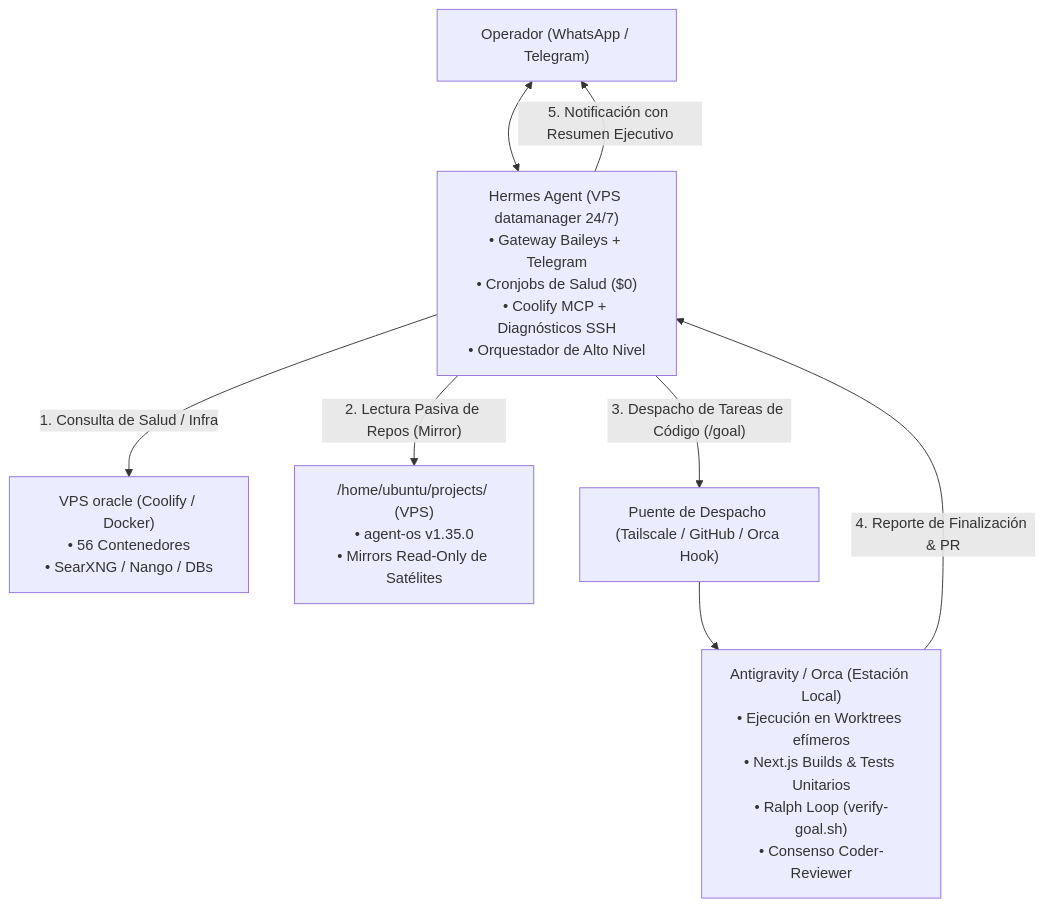
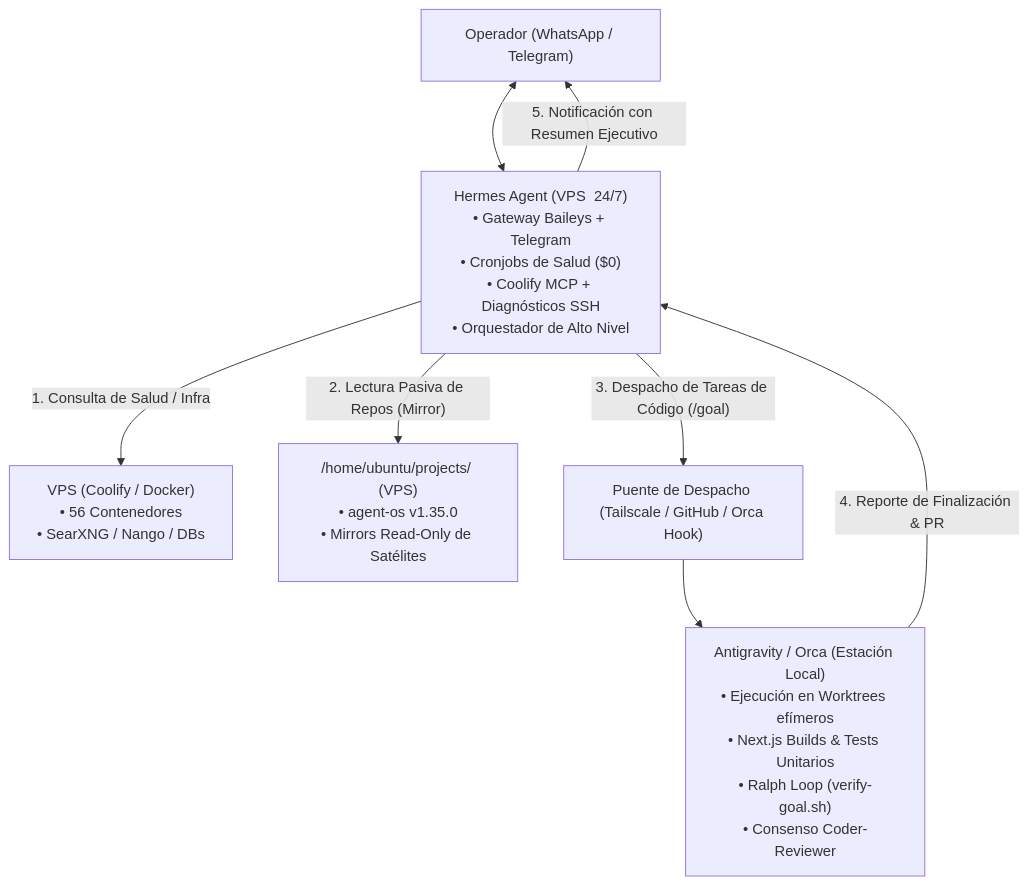
The diagram in docs/sprints/sprint-40-research.md (romensuarezr/agent-os), drawn with Mermaid before and after one commit. The commit also changed other lines of this file and 6 other files, not shown here.

Commit message:
feat(infra): sincronizacion de agent-os v1.35.0 y 31 skills en nodo-inferencia (T-214)

````diff
--- a/docs/sprints/sprint-40-research.md
+++ b/docs/sprints/sprint-40-research.md
@@ -60,13 +60,13 @@
 ```mermaid
 flowchart TD
-    User["Operador (WhatsApp / Telegram)"] <--> Hermes["Hermes Agent (VPS datamanager 24/7)\n• Gateway Baileys + Telegram\n• Cronjobs de Salud ($0)\n• Coolify MCP + Diagnósticos SSH\n• Orquestador de Alto Nivel"]
+    User["Operador (WhatsApp / Telegram)"] <--> Hermes["Hermes Agent (VPS <nodo-inferencia> 24/7)\n• Gateway Baileys + Telegram\n• Cronjobs de Salud ($0)\n• Coolify MCP + Diagnósticos SSH\n• Orquestador de Alto Nivel"]
     
-    Hermes -- "1. Consulta de Salud / Infra" --> Oracle["VPS oracle (Coolify / Docker)\n• 56 Contenedores\n• SearXNG / Nango / DBs"]
+    Hermes -- "1. Consulta de Salud / Infra" --> Oracle["VPS <nodo-orquestacion> (Coolify / Docker)\n• 56 Contenedores\n• SearXNG / Nango / DBs"]
     Hermes -- "2. Lectura Pasiva de Repos (Mirror)" --> LocalRepos["/home/ubuntu/projects/ (VPS)\n• agent-os v1.35.0\n• Mirrors Read-Only de Satélites"]
     
     Hermes -- "3. Despacho de Tareas de Código (/goal)" --> Bridge["Puente de Despacho (Tailscale / GitHub / Orca Hook)"]
     Bridge --> Antigravity["Antigravity / Orca (Estación Local)\n• Ejecución en Worktrees efímeros\n• Next.js Builds & Tests Unitarios\n• Ralph Loop (verify-goal.sh)\n• Consenso Coder-Reviewer"]
     
     Antigravity -- "4. Reporte de Finalización & PR" --> Hermes
     Hermes -- "5. Notificación con Resumen Ejecutivo" --> User
 ```
````
